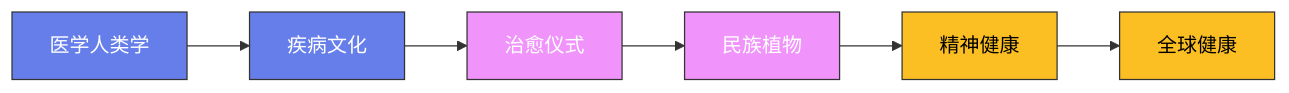
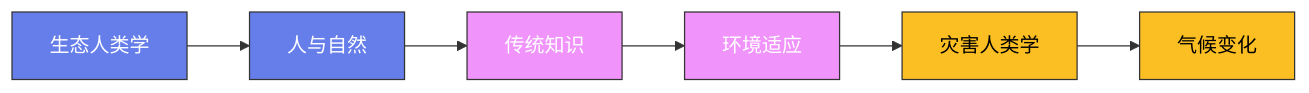
The diagram in content/posts/ModelCreate/人类学/13-视觉人类学.md (Fengur/Fengur.github.io), drawn with Mermaid before and after one commit. The commit also changed other lines of this file and 118 other files, not shown here.

````diff
--- a/content/posts/ModelCreate/人类学/13-视觉人类学.md
+++ b/content/posts/ModelCreate/人类学/13-视觉人类学.md
@@ -19,16 +18,16 @@
 ```mermaid
 graph LR
-    A["医学人类学"] --> B["疾病文化"]
-    B --> C["治愈仪式"]
-    C --> D["民族植物"]
-    D --> E["精神健康"]
-    E --> F["全球健康"]
+    A["生态人类学"] --> B["人与自然"]
+    B --> C["传统知识"]
+    C --> D["环境适应"]
+    D --> E["灾害人类学"]
+    E --> F["气候变化"]
 
     classDef early fill:#667eea,stroke:#333,color:white
     classDef mid fill:#f093fb,stroke:#333,color:white
     classDef modern fill:#fbbf24,stroke:#333,color:black
 
     class A,B early
     class C,D mid
     class E,F modern
 ```
````
